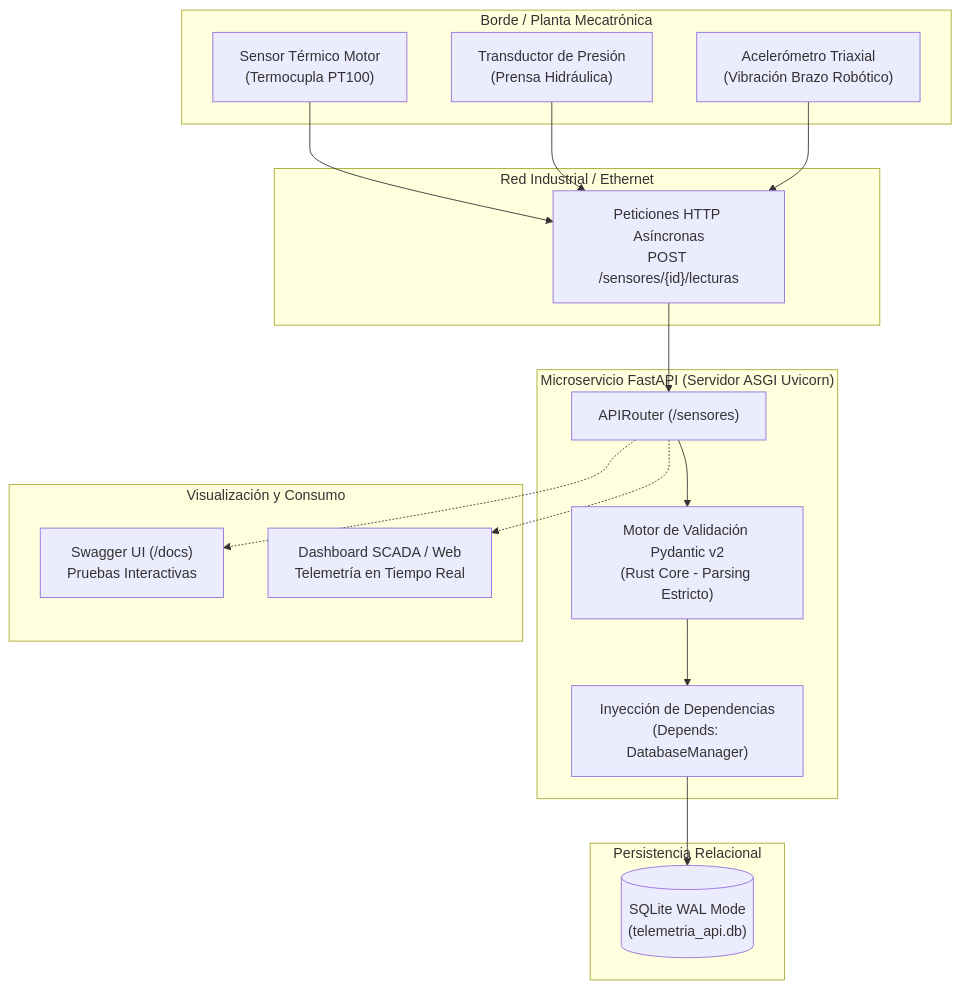
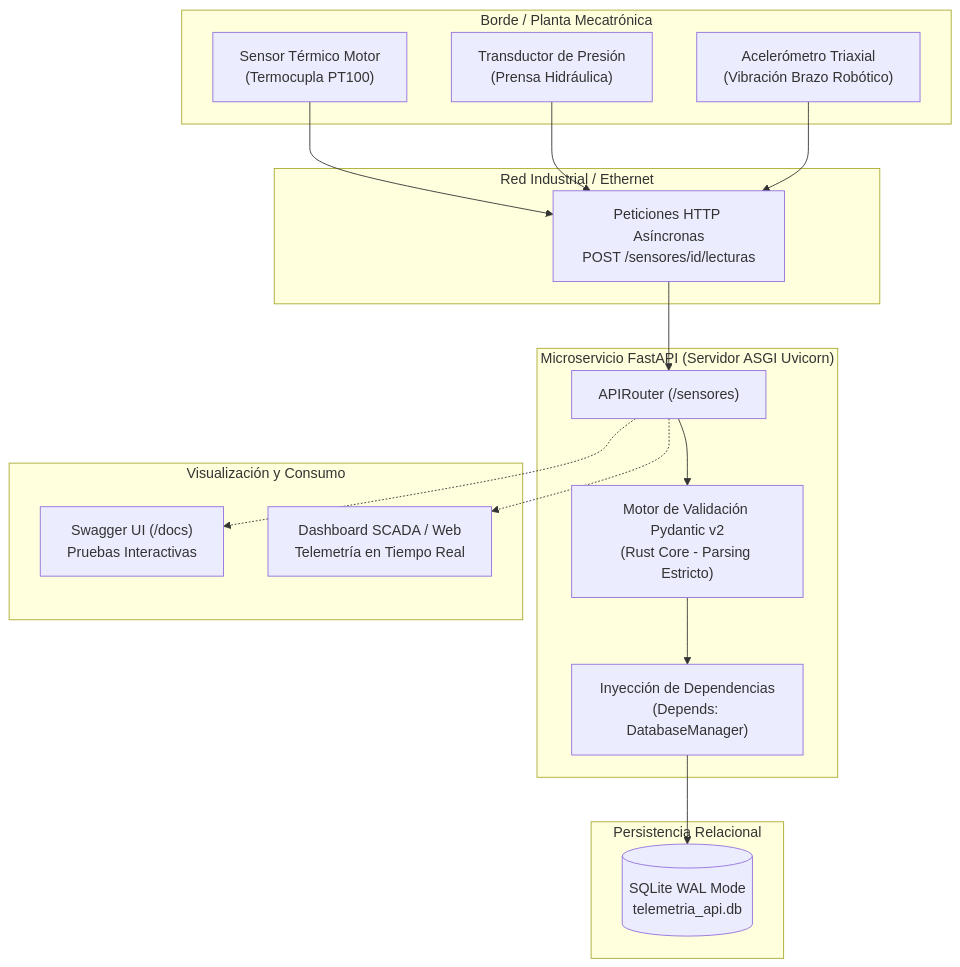
Before and after one commit to carlobeni/LPV2026-2: the second of 4 diagrams in README.md, drawn with Mermaid. The commit also changed other lines of this file and 2 other files, not shown here.

Commit message:
fix(docs): fix Mermaid diagram syntax and add missing assets in semana-5 branch

````diff
--- a/README.md
+++ b/README.md
@@ -87,37 +92,37 @@
 ```mermaid
 flowchart TD
     subgraph EdgeDevice["Borde / Planta Mecatrónica"]
-        SensorA["Sensor Térmico Motor\n(Termocupla PT100)"]
-        SensorB["Transductor de Presión\n(Prensa Hidráulica)"]
-        SensorC["Acelerómetro Triaxial\n(Vibración Brazo Robótico)"]
+        SensorA["Sensor Térmico Motor<br/>(Termocupla PT100)"]
+        SensorB["Transductor de Presión<br/>(Prensa Hidráulica)"]
+        SensorC["Acelerómetro Triaxial<br/>(Vibración Brazo Robótico)"]
     end
 
     subgraph RedLocal["Red Industrial / Ethernet"]
-        HTTPReq["Peticiones HTTP Asíncronas\nPOST /sensores/{id}/lecturas"]
+        HTTPReq["Peticiones HTTP Asíncronas<br/>POST /sensores/id/lecturas"]
     end
 
     subgraph Backend["Microservicio FastAPI (Servidor ASGI Uvicorn)"]
         Router["APIRouter (/sensores)"]
-        PydanticEngine["Motor de Validación Pydantic v2\n(Rust Core - Parsing Estricto)"]
-        Dependency["Inyección de Dependencias\n(Depends: DatabaseManager)"]
+        PydanticEngine["Motor de Validación Pydantic v2<br/>(Rust Core - Parsing Estricto)"]
+        Dependency["Inyección de Dependencias<br/>(Depends: DatabaseManager)"]
     end
 
     subgraph Storage["Persistencia Relacional"]
-        SQLiteDB[("SQLite WAL Mode\n(telemetria_api.db)")]
+        SQLiteDB[("SQLite WAL Mode<br/>telemetria_api.db")]
     end
 
     subgraph Clientes["Visualización y Consumo"]
-        Swagger["Swagger UI (/docs)\nPruebas Interactivas"]
-        Dashboard["Dashboard SCADA / Web\nTelemetría en Tiempo Real"]
+        Swagger["Swagger UI (/docs)<br/>Pruebas Interactivas"]
+        Dashboard["Dashboard SCADA / Web<br/>Telemetría en Tiempo Real"]
     end
 
     SensorA --> HTTPReq
     SensorB --> HTTPReq
     SensorC --> HTTPReq
     HTTPReq --> Router
     Router --> PydanticEngine
     PydanticEngine --> Dependency
     Dependency --> SQLiteDB
     Router -.-> Swagger
     Router -.-> Dashboard
 ```
````
